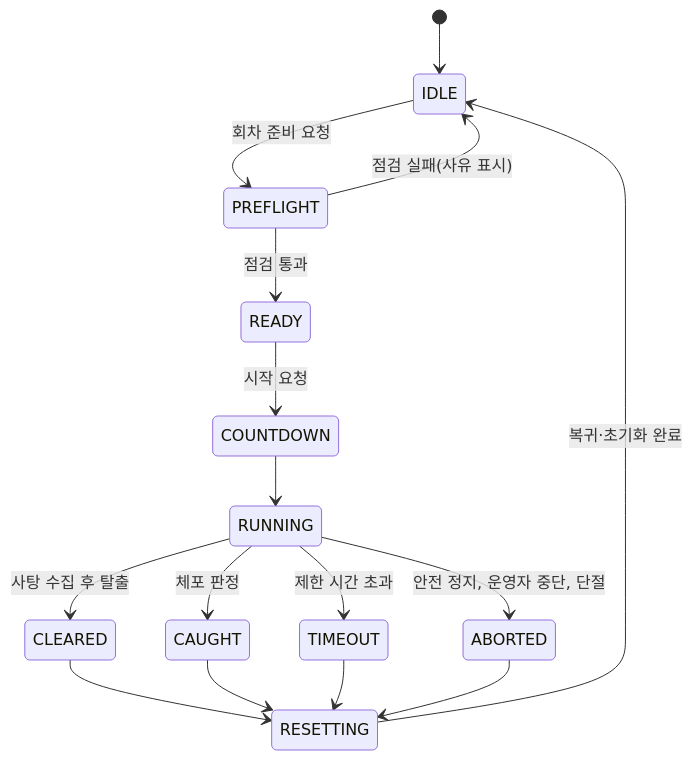
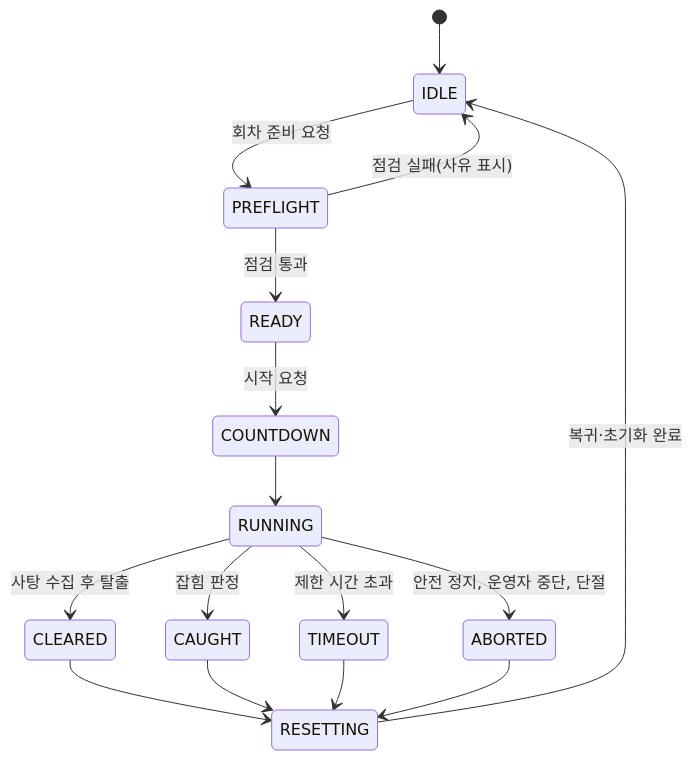
One commit to shbong06-sketch/Trick_or_Bot changed the fifth of 5 diagrams in docs/project/sdd.md. Above: the diagram before and after it, drawn with Mermaid. The commit also changed other lines of this file and 2 other files, not shown here.

````diff
--- a/docs/project/sdd.md
+++ b/docs/project/sdd.md
@@ -267,18 +267,18 @@
 ```mermaid
 stateDiagram-v2
     [*] --> IDLE
     IDLE --> PREFLIGHT: 회차 준비 요청
     PREFLIGHT --> IDLE: 점검 실패(사유 표시)
     PREFLIGHT --> READY: 점검 통과
     READY --> COUNTDOWN: 시작 요청
     COUNTDOWN --> RUNNING
     RUNNING --> CLEARED: 사탕 수집 후 탈출
-    RUNNING --> CAUGHT: 체포 판정
+    RUNNING --> CAUGHT: 잡힘 판정
     RUNNING --> TIMEOUT: 제한 시간 초과
     RUNNING --> ABORTED: 안전 정지, 운영자 중단, 단절
     CLEARED --> RESETTING
     CAUGHT --> RESETTING
     TIMEOUT --> RESETTING
     ABORTED --> RESETTING
     RESETTING --> IDLE: 복귀·초기화 완료
 ```
````
